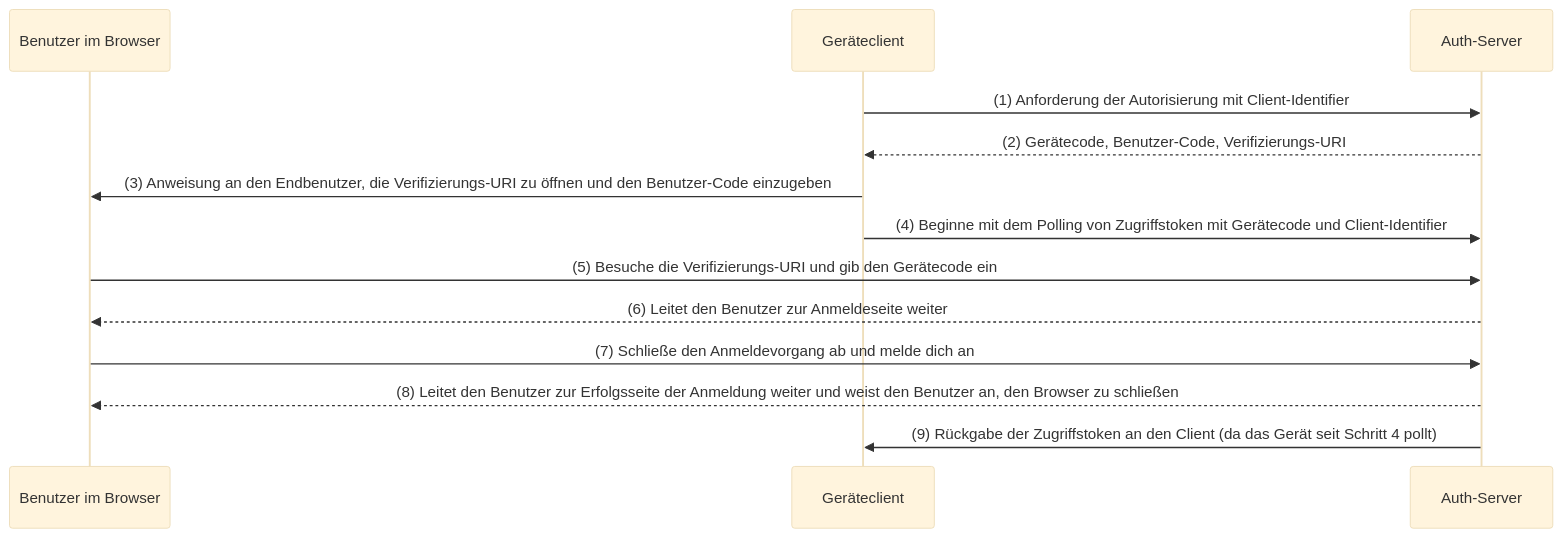
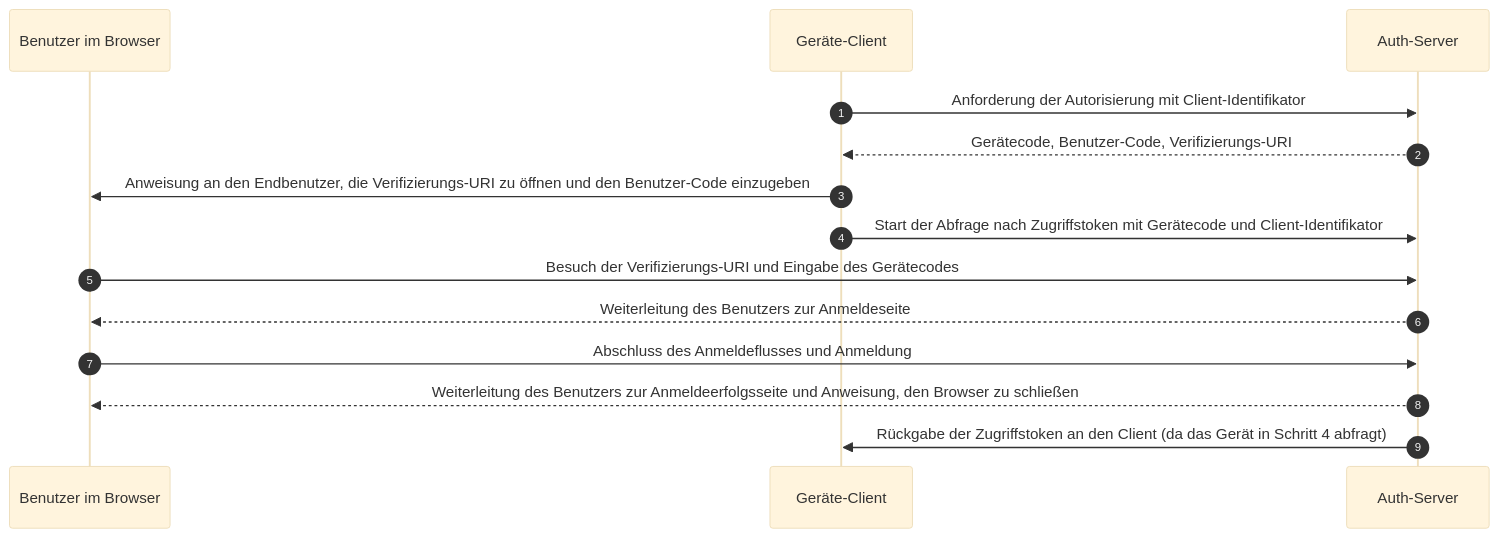
One commit to logto-io/auth-wiki changed the diagram in src/content/terms/de/device-flow.mdx. Above: the diagram before and after it, drawn with Mermaid (base theme). The commit also changed other lines of this file and 98 other files, not shown here.

````diff
--- a/src/content/terms/de/device-flow.mdx
+++ b/src/content/terms/de/device-flow.mdx
@@ -88,16 +90,17 @@
 ```mermaid
 sequenceDiagram
+	autonumber
 	participant Benutzer im Browser
-	participant Geräteclient
+	participant Geräte-Client
 	participant Auth-Server
 
-	Geräteclient ->> Auth-Server: (1) Anforderung der Autorisierung mit Client-Identifier
-	Auth-Server -->> Geräteclient: (2) Gerätecode, Benutzer-Code, Verifizierungs-URI
-	Geräteclient ->> Benutzer im Browser: (3) Anweisung an den Endbenutzer, die Verifizierungs-URI zu öffnen und den Benutzer-Code einzugeben
-	Geräteclient ->> Auth-Server: (4) Beginne mit dem Polling von Zugriffstoken mit Gerätecode und Client-Identifier
-	Benutzer im Browser ->> Auth-Server: (5) Besuche die Verifizierungs-URI und gib den Gerätecode ein
-	Auth-Server -->> Benutzer im Browser: (6) Leitet den Benutzer zur Anmeldeseite weiter
-	Benutzer im Browser ->> Auth-Server: (7) Schließe den Anmeldevorgang ab und melde dich an
-	Auth-Server -->> Benutzer im Browser: (8) Leitet den Benutzer zur Erfolgsseite der Anmeldung weiter und weist den Benutzer an, den Browser zu schließen
-	Auth-Server ->> Geräteclient: (9) Rückgabe der Zugriffstoken an den Client (da das Gerät seit Schritt 4 pollt)
+	Geräte-Client ->> Auth-Server: Anforderung der Autorisierung mit Client-Identifikator
+	Auth-Server -->> Geräte-Client: Gerätecode, Benutzer-Code, Verifizierungs-URI
+	Geräte-Client ->> Benutzer im Browser: Anweisung an den Endbenutzer, die Verifizierungs-URI zu öffnen und den Benutzer-Code einzugeben
+	Geräte-Client ->> Auth-Server: Start der Abfrage nach Zugriffstoken mit Gerätecode und Client-Identifikator
+	Benutzer im Browser ->> Auth-Server: Besuch der Verifizierungs-URI und Eingabe des Gerätecodes
+	Auth-Server -->> Benutzer im Browser: Weiterleitung des Benutzers zur Anmeldeseite
+	Benutzer im Browser ->> Auth-Server: Abschluss des Anmeldeflusses und Anmeldung
+	Auth-Server -->> Benutzer im Browser: Weiterleitung des Benutzers zur Anmeldeerfolgsseite und Anweisung, den Browser zu schließen
+	Auth-Server ->> Geräte-Client: Rückgabe der Zugriffstoken an den Client (da das Gerät in Schritt 4 abfragt)
 ```
````
